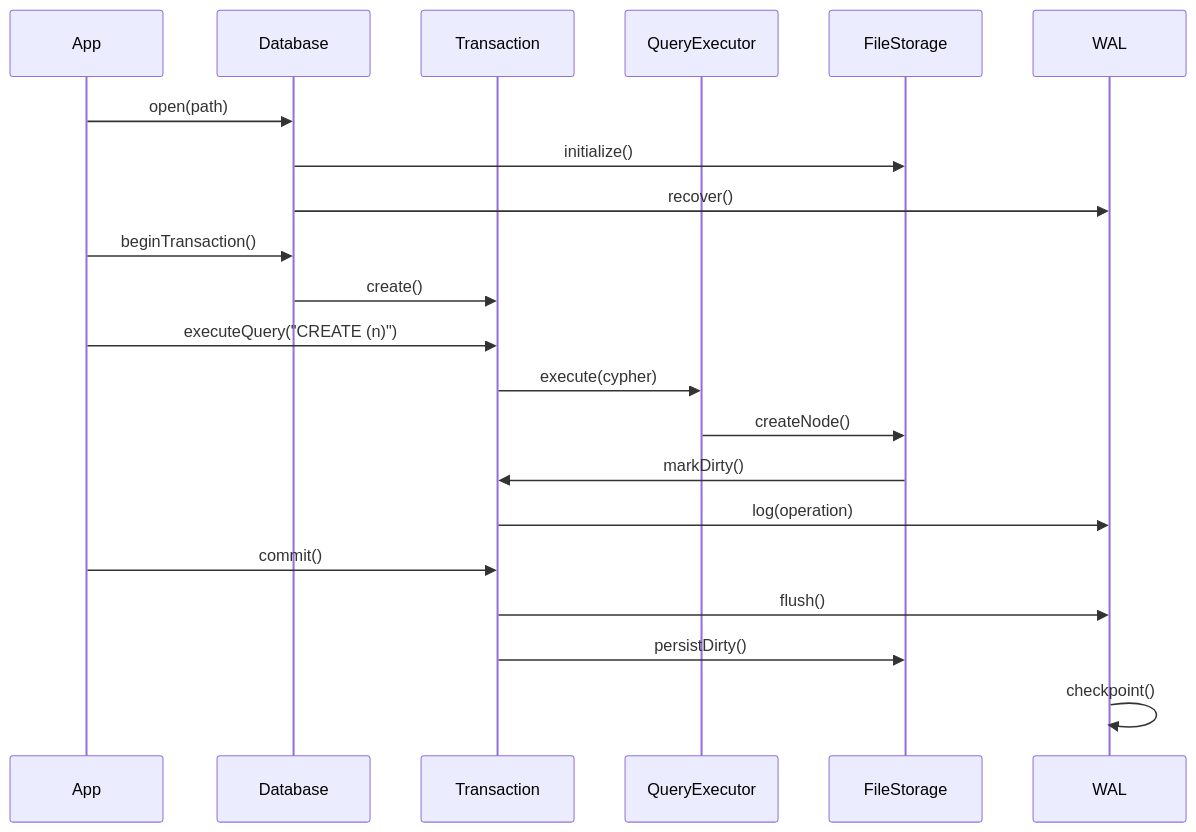
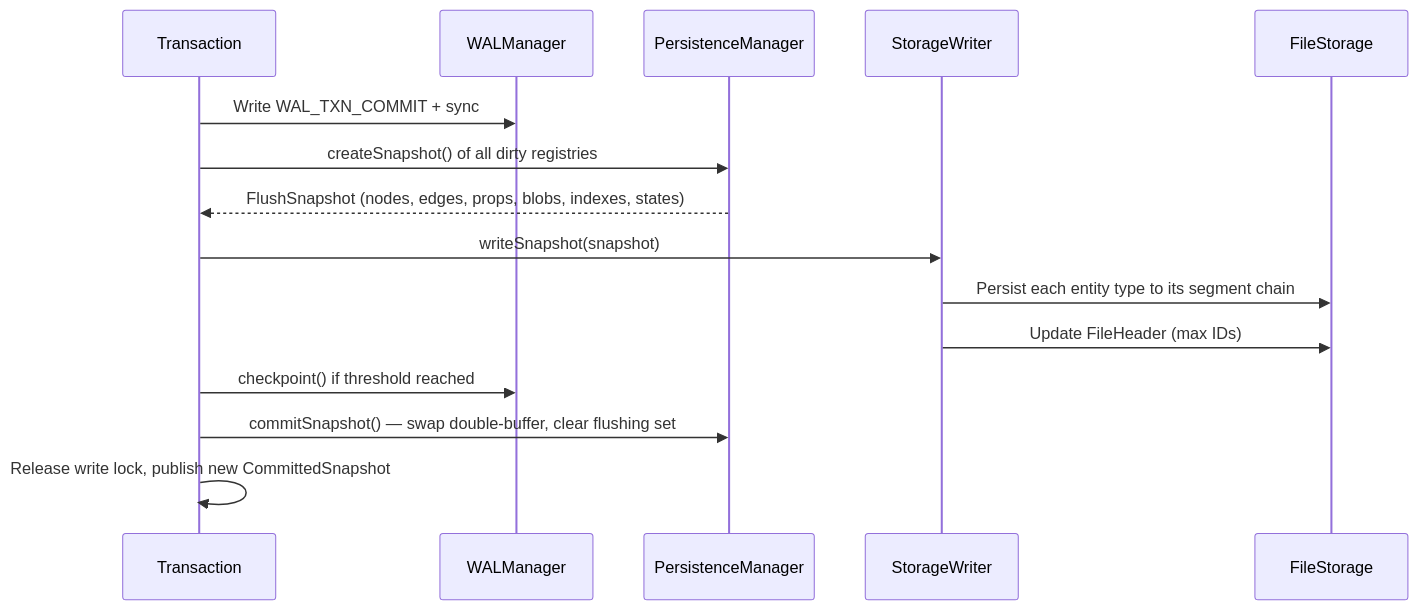
The third of 4 diagrams in docs/apps/docs/content/docs/en/zyx/architecture/overview.mdx (nexepic/zyx), drawn with Mermaid before and after one commit. The commit also changed other lines of this file and 73 other files, not shown here.

````diff
--- a/docs/apps/docs/content/docs/en/zyx/architecture/overview.mdx
+++ b/docs/apps/docs/content/docs/en/zyx/architecture/overview.mdx
@@ -98,27 +114,18 @@
 ```mermaid
 sequenceDiagram
-    participant App
-    participant DB as Database
     participant TX as Transaction
-    participant QE as QueryExecutor
+    participant WAL as WALManager
+    participant PM as PersistenceManager
+    participant SW as StorageWriter
     participant FS as FileStorage
-    participant WAL as WAL
 
-    App->>DB: open(path)
-    DB->>FS: initialize()
-    DB->>WAL: recover()
-
-    App->>DB: beginTransaction()
-    DB->>TX: create()
-
-    App->>TX: executeQuery("CREATE (n)")
-    TX->>QE: execute(cypher)
-    QE->>FS: createNode()
-    FS->>TX: markDirty()
-    TX->>WAL: log(operation)
-
-    App->>TX: commit()
-    TX->>WAL: flush()
-    TX->>FS: persistDirty()
-    WAL->>WAL: checkpoint()
+    TX->>WAL: Write WAL_TXN_COMMIT + sync
+    TX->>PM: createSnapshot() of all dirty registries
+    PM-->>TX: FlushSnapshot (nodes, edges, props, blobs, indexes, states)
+    TX->>SW: writeSnapshot(snapshot)
+    SW->>FS: Persist each entity type to its segment chain
+    SW->>FS: Update FileHeader (max IDs)
+    TX->>WAL: checkpoint() if threshold reached
+    TX->>PM: commitSnapshot() — swap double-buffer, clear flushing set
+    TX->>TX: Release write lock, publish new CommittedSnapshot
 ```
````
